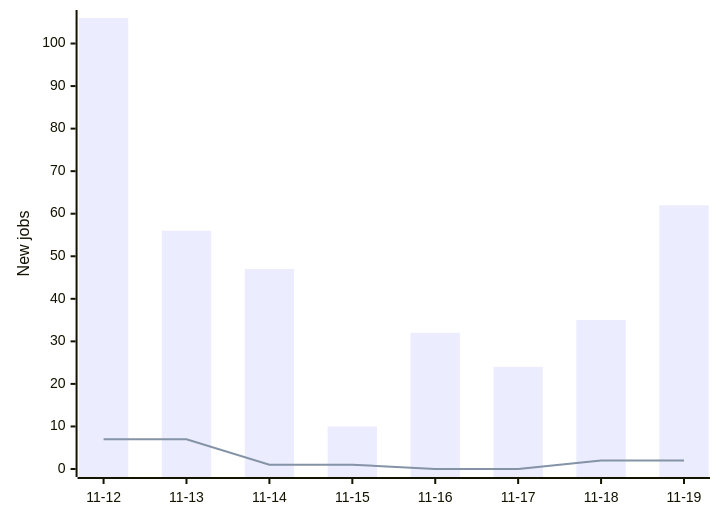
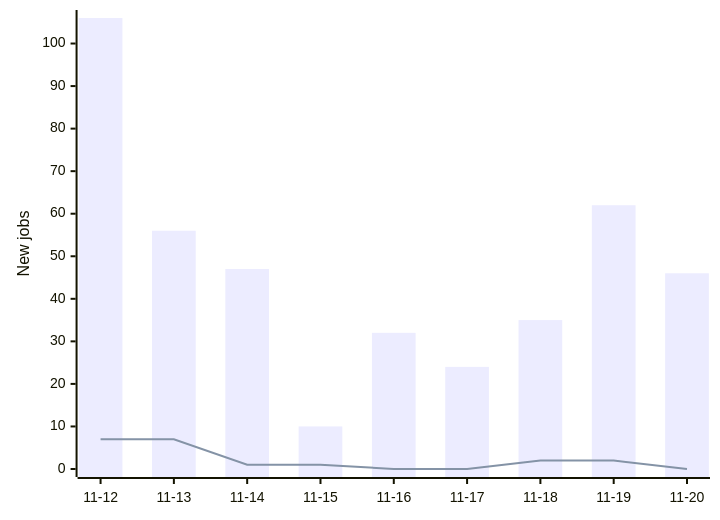
Before and after one commit to Mwangimark/frontend-job-tracker: the diagram in README.md, drawn with Mermaid. The commit also changed other lines of this file and 2 other files, not shown here.

````diff
--- a/README.md
+++ b/README.md
@@ -16,7 +16,7 @@
 ```mermaid
 xychart-beta
-    x-axis ["11-12", "11-13", "11-14", "11-15", "11-16", "11-17", "11-18", "11-19"]
+    x-axis ["11-12", "11-13", "11-14", "11-15", "11-16", "11-17", "11-18", "11-19", "11-20"]
     y-axis "New jobs" 0 --> 106
-    bar [106, 56, 47, 10, 32, 24, 35, 62]
-    line [7, 7, 1, 1, 0, 0, 2, 2]
+    bar [106, 56, 47, 10, 32, 24, 35, 62, 46]
+    line [7, 7, 1, 1, 0, 0, 2, 2, 0]
 ```
````
